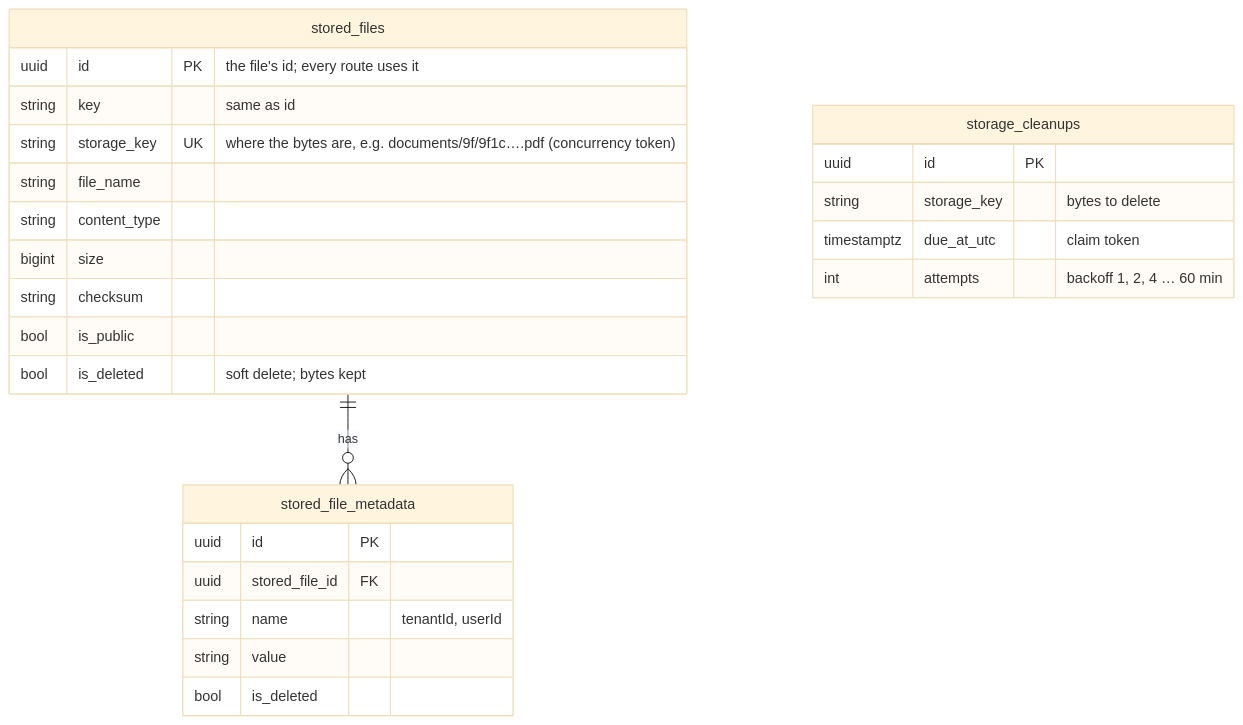
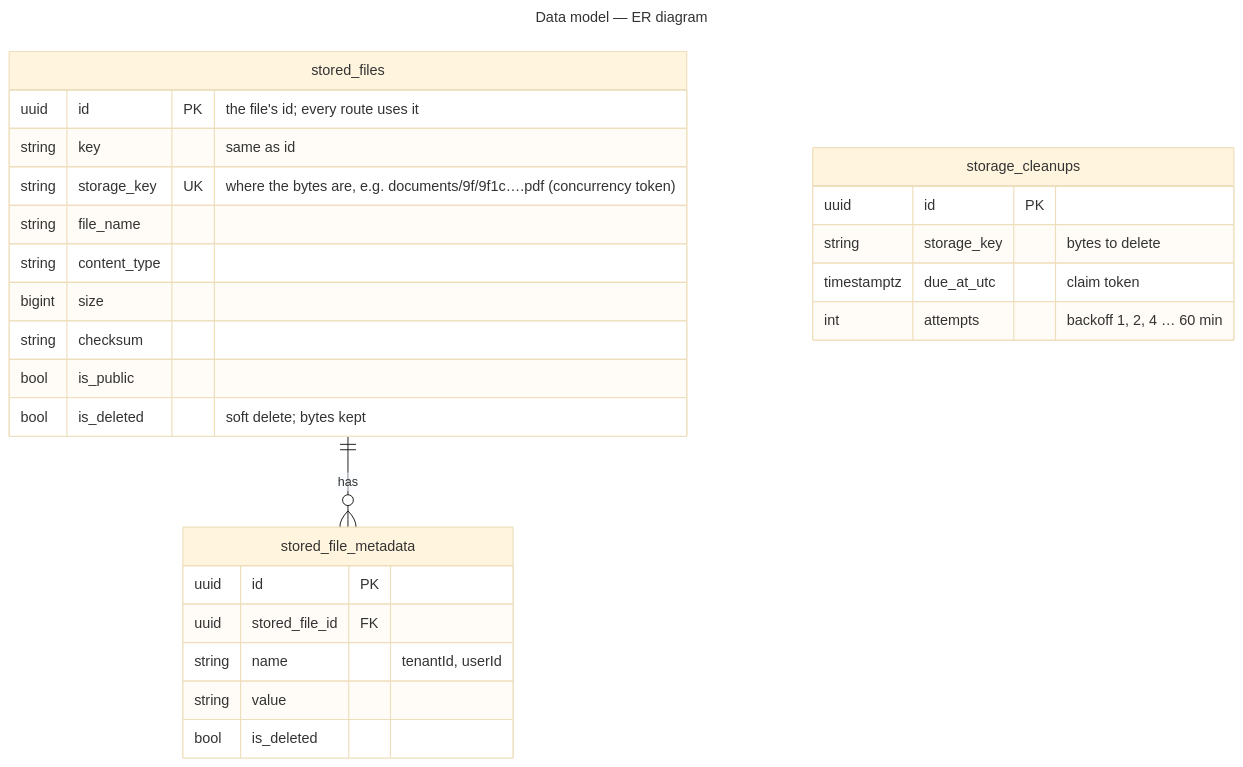
One commit to gmetskhvarishvili/GM.FileStorage.Samples changed the third of 3 diagrams in docs/architecture.md. Above: the diagram before and after it, drawn with Mermaid (base theme). The commit also changed other lines of this file and 7 other files, not shown here.

First line of the commit message:
docs: name every diagram "subject — kind" and index them

````diff
--- a/docs/architecture.md
+++ b/docs/architecture.md
@@ -84,28 +93,31 @@
 ```mermaid
+---
+title: Data model — ER diagram
+---
 erDiagram
     stored_files ||--o{ stored_file_metadata : has
     stored_files {
         uuid id PK "the file's id; every route uses it"
         string key "same as id"
         string storage_key UK "where the bytes are, e.g. documents/9f/9f1c….pdf (concurrency token)"
         string file_name
         string content_type
         bigint size
         string checksum
         bool is_public
         bool is_deleted "soft delete; bytes kept"
     }
     stored_file_metadata {
         uuid id PK
         uuid stored_file_id FK
         string name "tenantId, userId"
         string value
         bool is_deleted
     }
     storage_cleanups {
         uuid id PK
         string storage_key "bytes to delete"
         timestamptz due_at_utc "claim token"
         int attempts "backoff 1, 2, 4 … 60 min"
     }
 ```
````
